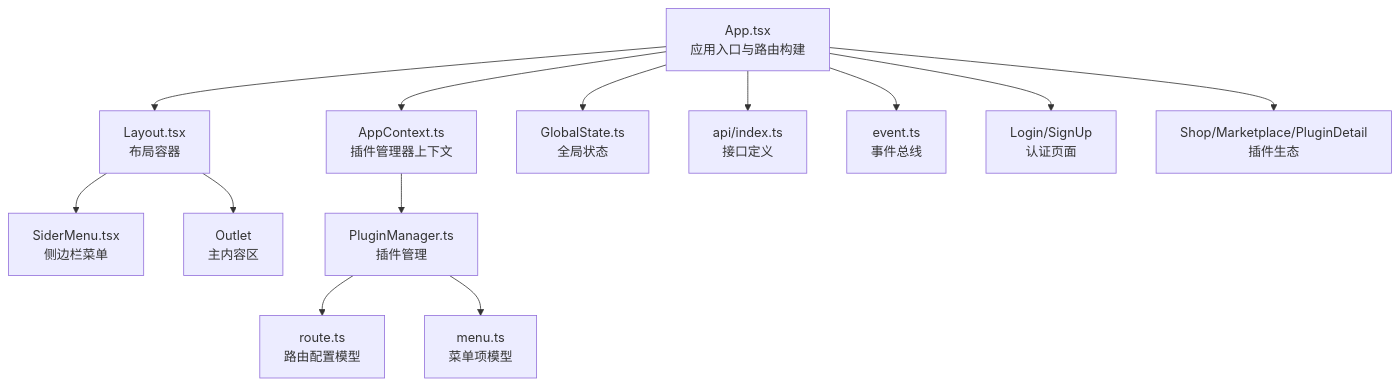
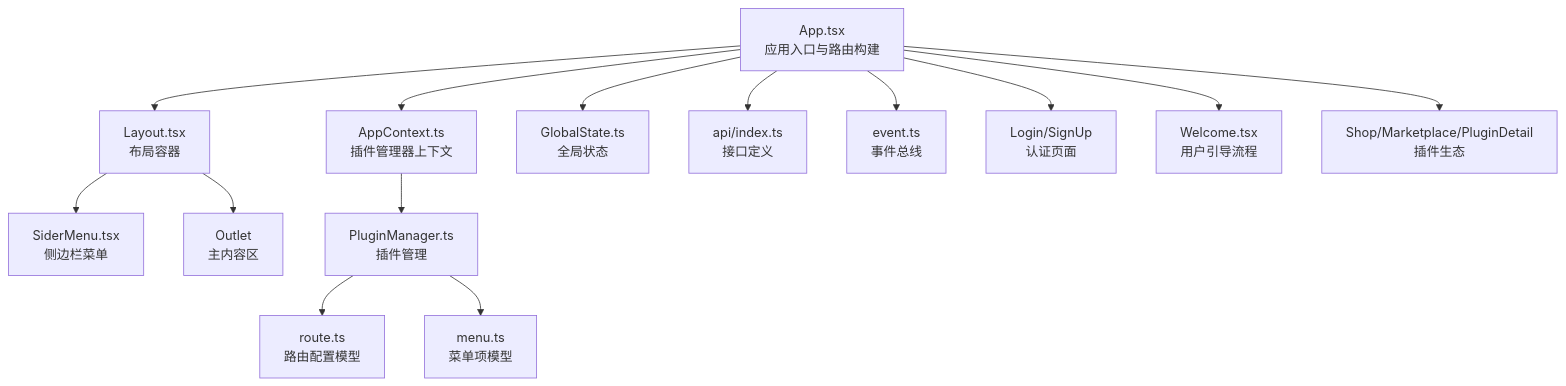
The first of 9 diagrams in .qoder/repowiki/zh/content/核心模块/应用主组件.md (LRF0422/Kotion), drawn with Mermaid before and after one commit. The commit also changed other lines of this file and 75 other files, not shown here.

````diff
--- a/.qoder/repowiki/zh/content/核心模块/应用主组件.md
+++ b/.qoder/repowiki/zh/content/核心模块/应用主组件.md
@@ -45,15 +47,16 @@
 ```mermaid
 graph TB
 App["App.tsx<br/>应用入口与路由构建"] --> Layout["Layout.tsx<br/>布局容器"]
 Layout --> Sider["SiderMenu.tsx<br/>侧边栏菜单"]
 Layout --> Outlet["Outlet<br/>主内容区"]
 App --> Ctx["AppContext.ts<br/>插件管理器上下文"]
 Ctx --> PM["PluginManager.ts<br/>插件管理"]
 PM --> Routes["route.ts<br/>路由配置模型"]
 PM --> Menu["menu.ts<br/>菜单项模型"]
 App --> Store["GlobalState.ts<br/>全局状态"]
 App --> API["api/index.ts<br/>接口定义"]
 App --> Events["event.ts<br/>事件总线"]
 App --> Auth["Login/SignUp<br/>认证页面"]
+App --> Welcome["Welcome.tsx<br/>用户引导流程"]
 App --> Shop["Shop/Marketplace/PluginDetail<br/>插件生态"]
 ```
````
